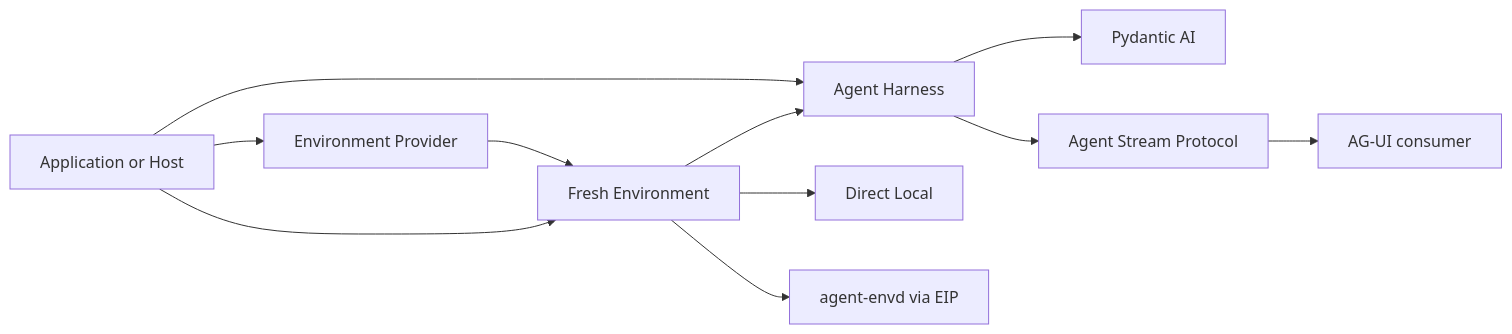
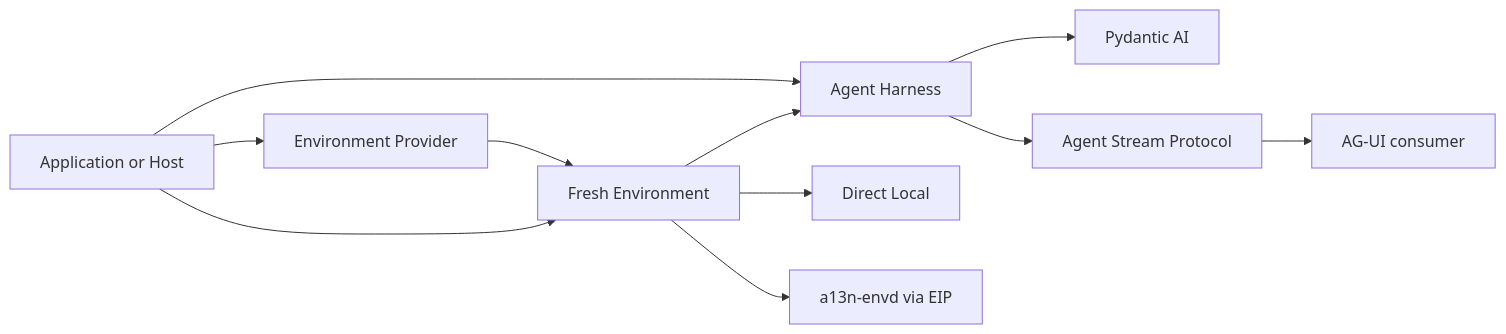
One commit to LTThreeComma/agent-foundation changed the diagram in docs/index.md. Above: the diagram before and after it, drawn with Mermaid. The commit also changed other lines of this file and 1957 other files, not shown here.

````diff
--- a/docs/index.md
+++ b/docs/index.md
@@ -21,13 +21,13 @@
 ```mermaid
 flowchart LR
     App[Application or Host] --> Harness[Agent Harness]
     Harness --> PAI[Pydantic AI]
     Provider[Environment Provider] --> Environment[Fresh Environment]
     App --> Provider
     App --> Environment
     Environment --> Harness
     Environment --> Direct[Direct Local]
-    Environment --> Envd[agent-envd via EIP]
+    Environment --> Envd[a13n-envd via EIP]
     Harness --> Stream[Agent Stream Protocol]
     Stream --> Consumer[AG-UI consumer]
 ```
````
